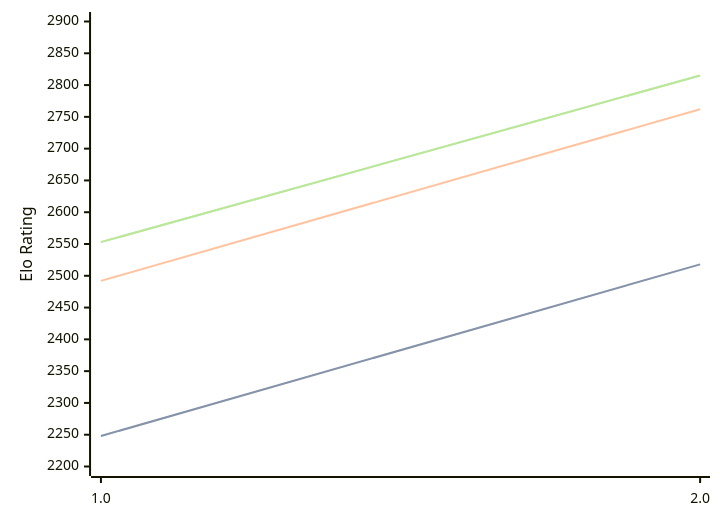
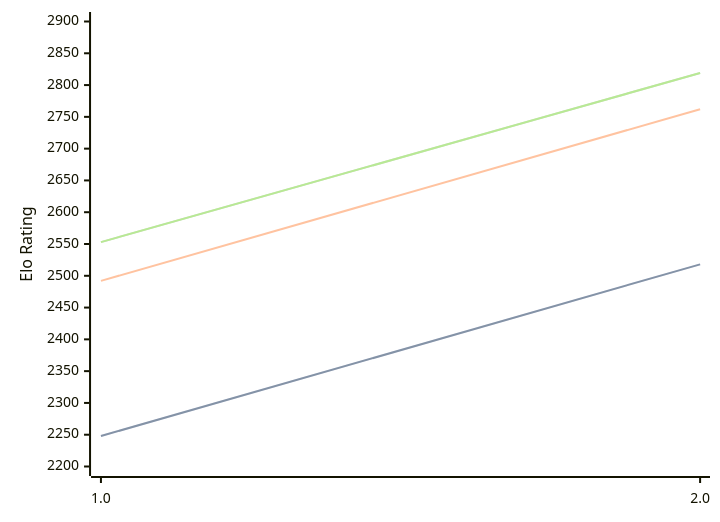
Before and after one commit to computer-chess-index/cci: the diagram in engines/Revolver.md, drawn with Mermaid. The commit also changed other lines of this file, not shown here.

Commit message:
Update CCI Ratings (ELO VLTC) - 2026-07-25

````diff
--- a/engines/Revolver.md
+++ b/engines/Revolver.md
@@ -32,11 +32,11 @@
 ```mermaid
 %%{init: {"theme":"base","themeVariables":{"seriesColors:['#a3a3a3','#222221','#faa371']}}}%%
 xychart-beta
   x-axis ["1.0", "2.0"]
   y-axis "Elo Rating" 2200 --> 2900
   line "STC (8.0+0.08s)" [2248, 2518]
   line "STC (8.0+0.08s)" [2248, 2518]
   line "LTC (60.0+0.60s)" [2492, 2762]
-  line "VLTC (2m24s+1.12s)" [2553, 2815]
-  line "VLTC (2m24s+1.12s)" [2553, 2815]
+  line "VLTC (2m24s+1.12s)" [2553, 2819]
+  line "VLTC (2m24s+1.12s)" [2553, 2819]
 ```
````
